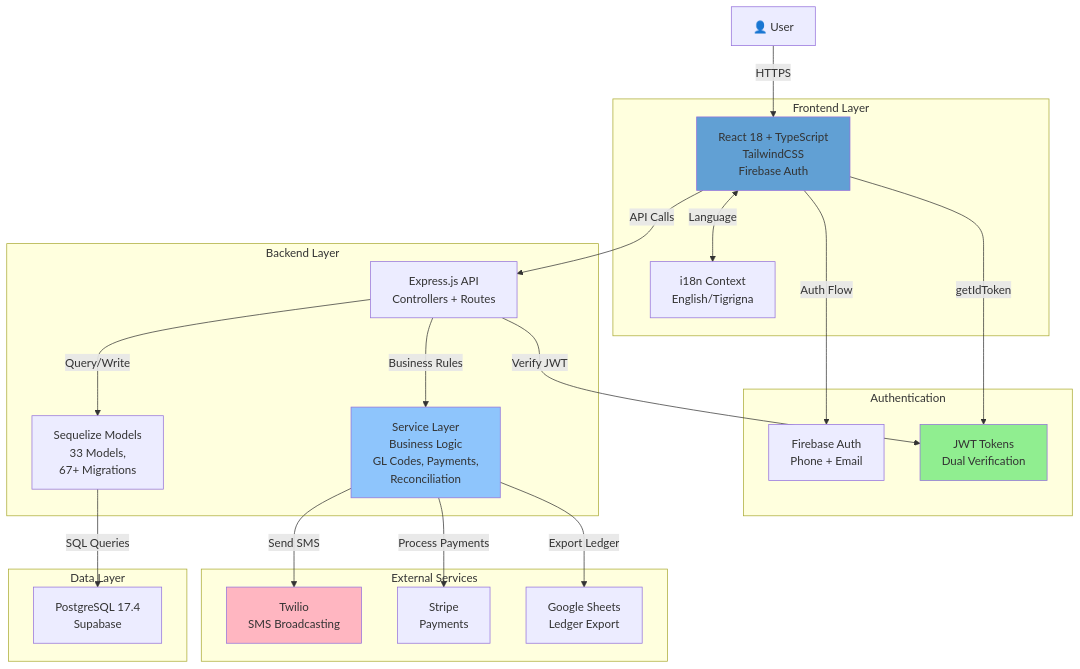
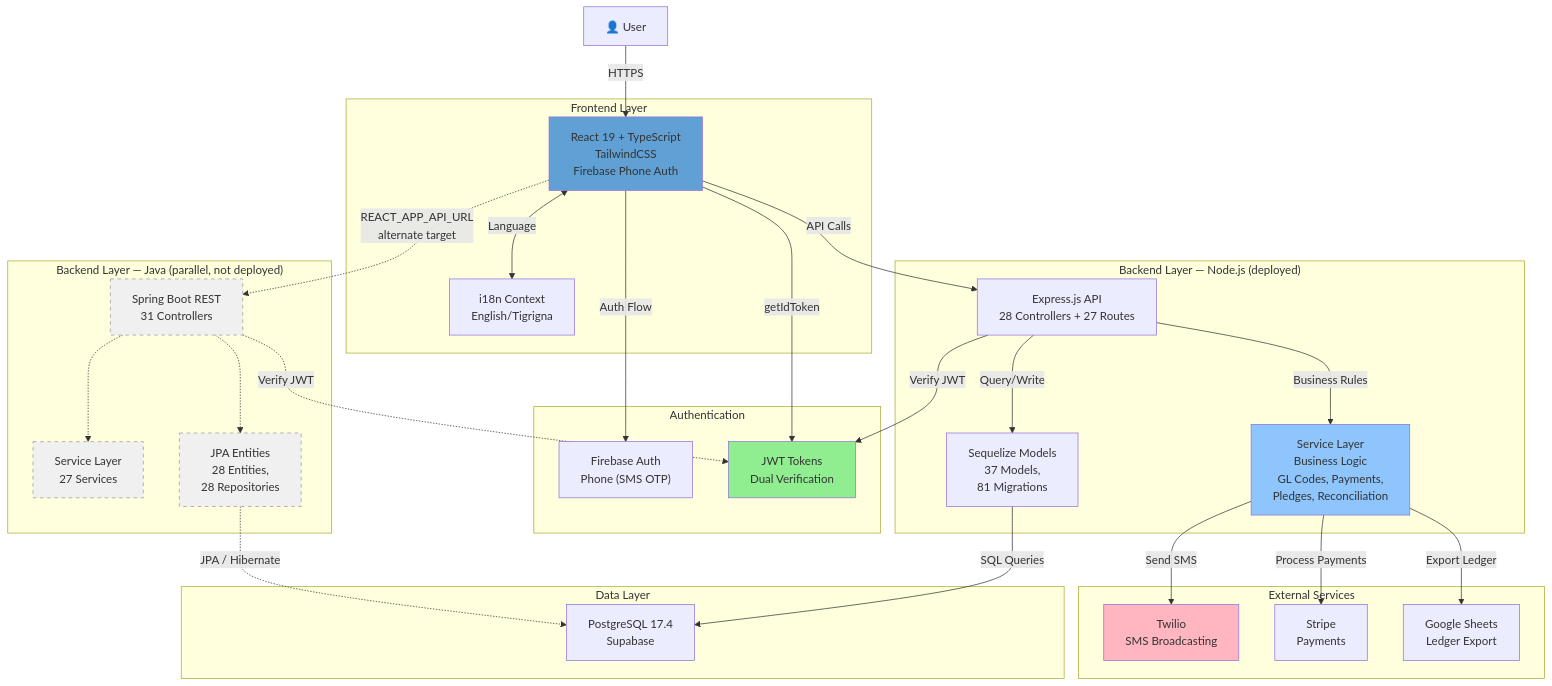
One commit to dawityifter/abune-aregawi changed the first of 3 diagrams in README.md. Above: the diagram before and after it, drawn with Mermaid. The commit also changed other lines of this file, not shown here.

````diff
--- a/README.md
+++ b/README.md
@@ -23,51 +34,71 @@
 ```mermaid
 graph TB
     User["👤 User"]
     
     subgraph "Frontend Layer"
-        FE["React 18 + TypeScript<br/>TailwindCSS<br/>Firebase Auth"]
+        FE["React 19 + TypeScript<br/>TailwindCSS<br/>Firebase Phone Auth"]
         i18n["i18n Context<br/>English/Tigrigna"]
     end
     
     subgraph "Authentication"
-        FB["Firebase Auth<br/>Phone + Email"]
+        FB["Firebase Auth<br/>Phone (SMS OTP)"]
         JWT["JWT Tokens<br/>Dual Verification"]
     end
     
-    subgraph "Backend Layer"
-        API["Express.js API<br/>Controllers + Routes"]
-        Services["Service Layer<br/>Business Logic<br/>GL Codes, Payments,<br/>Reconciliation"]
-        Models["Sequelize Models<br/>33 Models,<br/>67+ Migrations"]
+    subgraph "Backend Layer — Node.js (deployed)"
+        API["Express.js API<br/>28 Controllers + 27 Routes"]
+        Services["Service Layer<br/>Business Logic<br/>GL Codes, Payments,<br/>Pledges, Reconciliation"]
+        Models["Sequelize Models<br/>37 Models,<br/>81 Migrations"]
+    end
+
+    subgraph "Backend Layer — Java (parallel, not deployed)"
+        JAPI["Spring Boot REST<br/>31 Controllers"]
+        JServices["Service Layer<br/>27 Services"]
+        JModels["JPA Entities<br/>28 Entities,<br/>28 Repositories"]
     end
     
     subgraph "External Services"
         Twilio["Twilio<br/>SMS Broadcasting"]
         Stripe["Stripe<br/>Payments"]
         Sheets["Google Sheets<br/>Ledger Export"]
     end
     
     subgraph "Data Layer"
         PG["PostgreSQL 17.4<br/>Supabase"]
     end
     
     User -->|HTTPS| FE
     FE -->|Auth Flow| FB
     FE -->|getIdToken| JWT
     FE -->|API Calls| API
     FE <-->|Language| i18n
     
     API -->|Verify JWT| JWT
     API -->|Business Rules| Services
     API -->|Query/Write| Models
+
+    %% The frontend targets one backend at a time via REACT_APP_API_URL. The
+    %% Java implementation answers the same contract but serves no traffic
+    %% today; it lives on the `java` branch, not on `main`.
+    FE -.->|REACT_APP_API_URL<br/>alternate target| JAPI
+    JAPI -.->|Verify JWT| JWT
+    JAPI -.-> JServices
+    JAPI -.-> JModels
+    JModels -.->|JPA / Hibernate| PG
     
     Services -->|Send SMS| Twilio
     Services -->|Process Payments| Stripe
     Services -->|Export Ledger| Sheets
     
     Models -->|SQL Queries| PG
     
     style FE fill:#61a0d4
     style Services fill:#8ec5fc
     style JWT fill:#90EE90
     style Twilio fill:#FFB6C1
+
+    %% Dashed and pale: present in the design, absent from production.
+    style JAPI fill:#f0f0f0,stroke:#999,stroke-dasharray: 5 5
+    style JServices fill:#f0f0f0,stroke:#999,stroke-dasharray: 5 5
+    style JModels fill:#f0f0f0,stroke:#999,stroke-dasharray: 5 5
 ```
````
